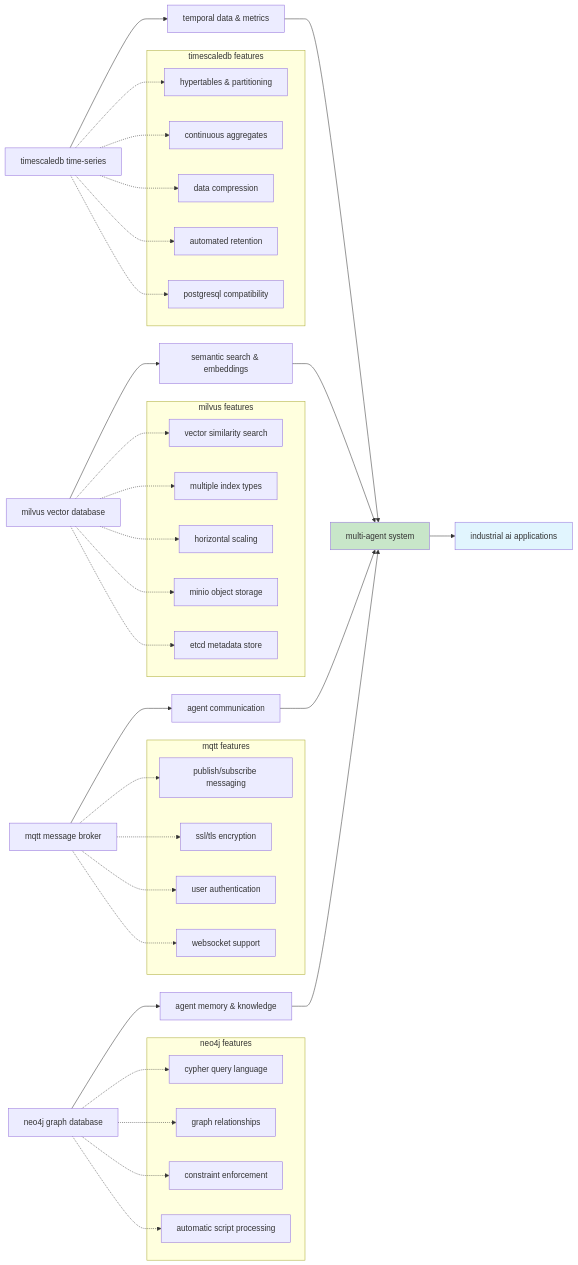
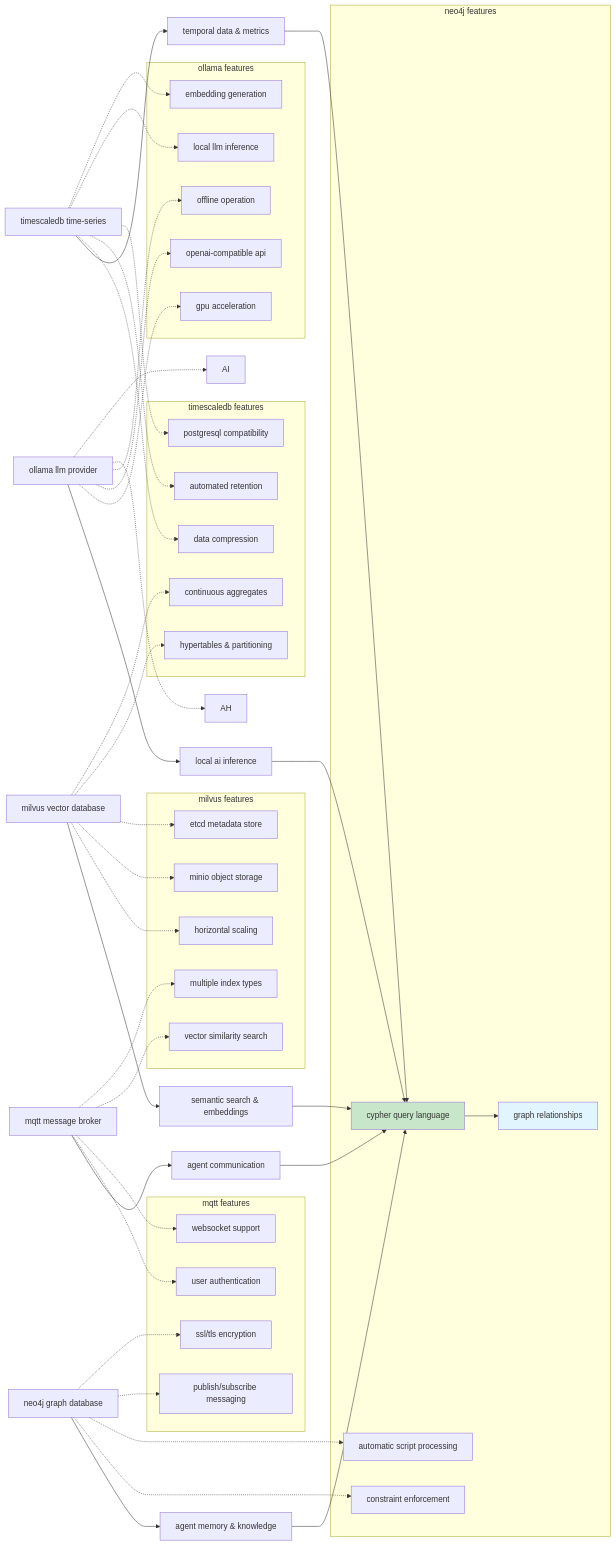
Before and after one commit to XMPro/Multi-Agent: the seventh of 7 diagrams in docs/installation/docker/complete-deployment-flowchart.md, drawn with Mermaid. The commit also changed other lines of this file and 23 other files, not shown here.

````diff
--- a/docs/installation/docker/complete-deployment-flowchart.md
+++ b/docs/installation/docker/complete-deployment-flowchart.md
@@ -338,16 +345,18 @@
 ```mermaid
 flowchart LR
-    A[neo4j graph database] --> E[agent memory & knowledge]
-    B[mqtt message broker] --> F[agent communication]
-    C[milvus vector database] --> G[semantic search & embeddings]
-    D[timescaledb time-series] --> H[temporal data & metrics]
+    A[neo4j graph database] --> F[agent memory & knowledge]
+    B[mqtt message broker] --> G[agent communication]
+    C[milvus vector database] --> H[semantic search & embeddings]
+    D[timescaledb time-series] --> I[temporal data & metrics]
+    E[ollama llm provider] --> J[local ai inference]
     
-    E --> I[multi-agent system]
-    F --> I
-    G --> I
-    H --> I
+    F --> K[multi-agent system]
+    G --> K
+    H --> K
+    I --> K
+    J --> K
     
-    I --> J[industrial ai applications]
+    K --> L[industrial ai applications]
     
     subgraph "neo4j features"
         K[cypher query language]
@@ -379,28 +388,42 @@
         AB[postgresql compatibility]
     end
     
-    A -.-> K
-    A -.-> L
+    subgraph "ollama features"
+        AC[local llm inference]
+        AD[embedding generation]
+        AE[gpu acceleration]
+        AF[openai-compatible api]
+        AG[offline operation]
+    end
+    
     A -.-> M
     A -.-> N
+    A -.-> O
+    A -.-> P
     
-    B -.-> O
-    B -.-> P
     B -.-> Q
     B -.-> R
+    B -.-> S
+    B -.-> T
     
-    C -.-> S
-    C -.-> T
     C -.-> U
     C -.-> V
     C -.-> W
+    C -.-> X
+    C -.-> Y
     
-    D -.-> X
-    D -.-> Y
     D -.-> Z
     D -.-> AA
     D -.-> AB
+    D -.-> AC
+    D -.-> AD
     
-    style I fill:#c8e6c9
-    style J fill:#e1f5fe
+    E -.-> AE
+    E -.-> AF
+    E -.-> AG
+    E -.-> AH
+    E -.-> AI
+    
+    style K fill:#c8e6c9
+    style L fill:#e1f5fe
 ```
````
